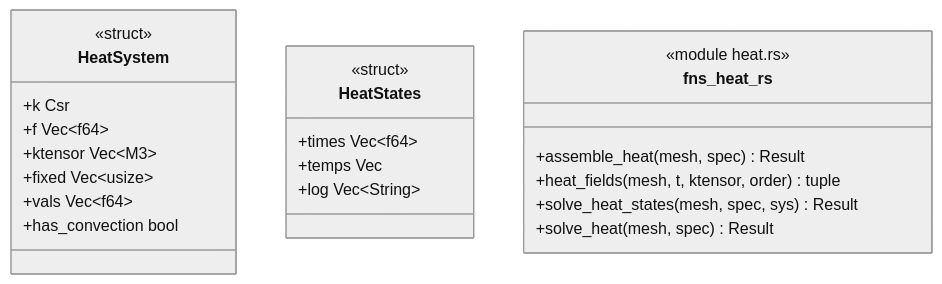
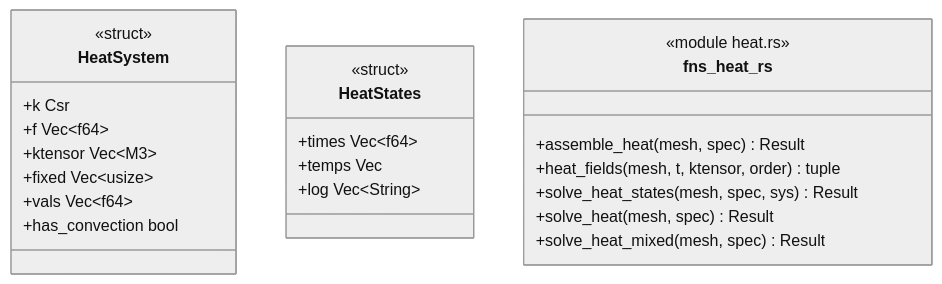
One commit to p-j-r/nyx changed the diagram in docs/architecture/c4/4-code/dfs/heat.md. Above: the diagram before and after it, drawn with Mermaid (neutral theme). The commit also changed other lines of this file and 110 other files, not shown here.

````diff
--- a/docs/architecture/c4/4-code/dfs/heat.md
+++ b/docs/architecture/c4/4-code/dfs/heat.md
@@ -35,25 +35,26 @@
 ```mermaid
 classDiagram
   class HeatSystem {
       <<struct>>
       +k Csr
       +f Vec~f64~
       +ktensor Vec~M3~
       +fixed Vec~usize~
       +vals Vec~f64~
       +has_convection bool
   }
   class HeatStates {
       <<struct>>
       +times Vec~f64~
       +temps Vec
       +log Vec~String~
   }
   class fns_heat_rs {
       <<module heat.rs>>
       +assemble_heat(mesh, spec) Result
       +heat_fields(mesh, t, ktensor, order) tuple
       +solve_heat_states(mesh, spec, sys) Result
       +solve_heat(mesh, spec) Result
+      +solve_heat_mixed(mesh, spec) Result
   }
 ```
````
